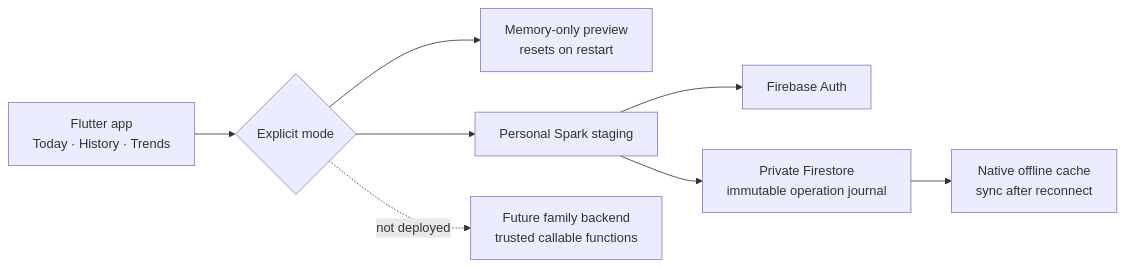
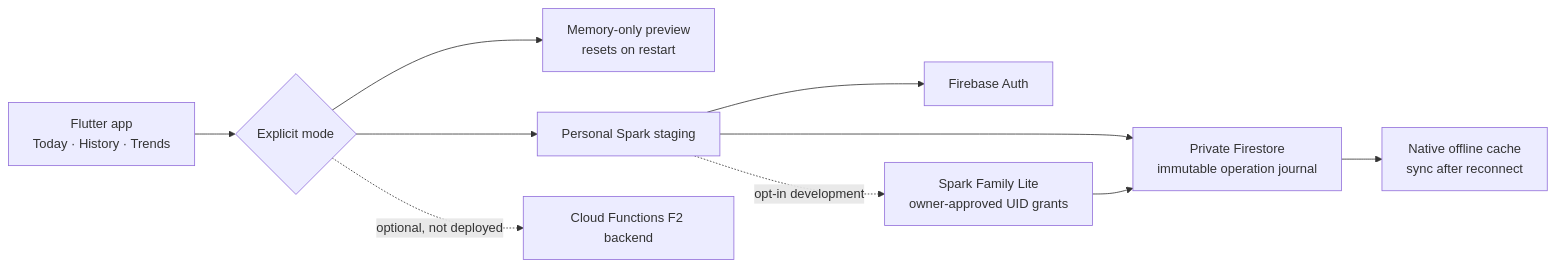
One commit to analienx/baby-sleep-tracker changed the diagram in README.md. Above: the diagram before and after it, drawn with Mermaid. The commit also changed other lines of this file and 5 other files, not shown here.

Commit message:
release: prepare Little Rest 0.2.0-beta.2 Spark Family Lite QA

````diff
--- a/README.md
+++ b/README.md
@@ -61,10 +61,12 @@
 ```mermaid
 flowchart LR
   A["Flutter app<br/>Today · History · Trends"] --> B{"Explicit mode"}
   B --> C["Memory-only preview<br/>resets on restart"]
   B --> D["Personal Spark staging"]
   D --> E["Firebase Auth"]
   D --> F["Private Firestore<br/>immutable operation journal"]
   F --> G["Native offline cache<br/>sync after reconnect"]
-  B -. "not deployed" .-> H["Future family backend<br/>trusted callable functions"]
+  D -. "opt-in development" .-> H["Spark Family Lite<br/>owner-approved UID grants"]
+  H --> F
+  B -. "optional, not deployed" .-> J["Cloud Functions F2 backend"]
 ```
````
